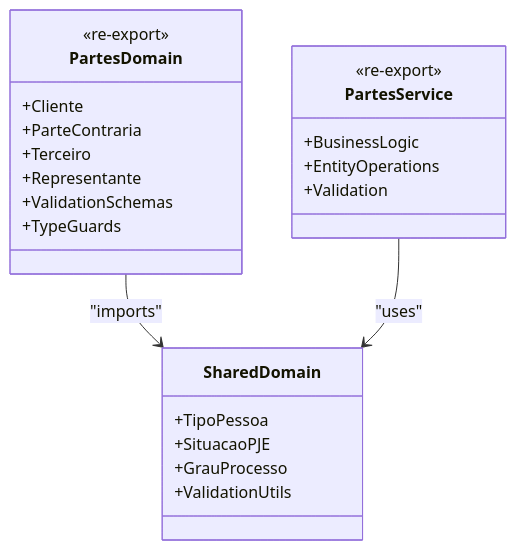
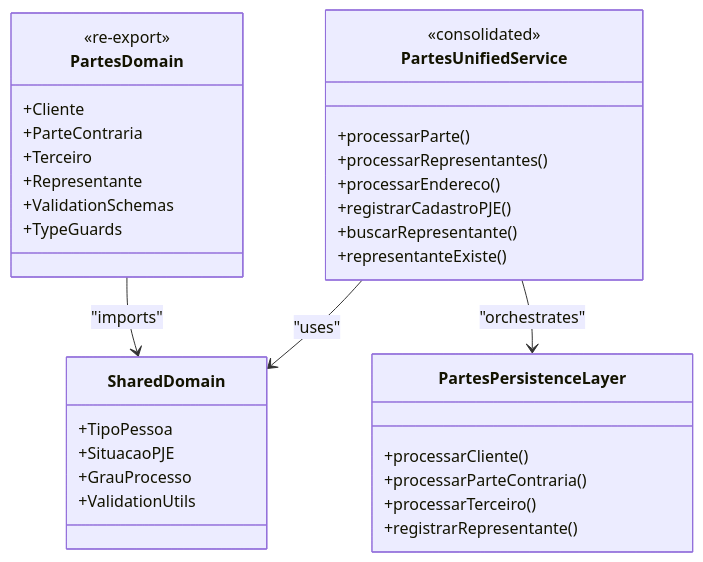
One commit to SinesysTech/zattar-os changed the seventh of 11 diagrams in .qoder/repowiki/en/content/Architecture Overview/Feature-Sliced Design Architecture.md. Above: the diagram before and after it, drawn with Mermaid. The commit also changed other lines of this file and 14 other files, not shown here.

````diff
--- a/.qoder/repowiki/en/content/Architecture Overview/Feature-Sliced Design Architecture.md
+++ b/.qoder/repowiki/en/content/Architecture Overview/Feature-Sliced Design Architecture.md
@@ -257,26 +271,36 @@
 ```mermaid
 classDiagram
 class PartesDomain {
 <<re-export>>
 +Cliente
 +ParteContraria
 +Terceiro
 +Representante
 +ValidationSchemas
 +TypeGuards
 }
-class PartesService {
-<<re-export>>
-+BusinessLogic
-+EntityOperations
-+Validation
+class PartesUnifiedService {
+<<consolidated>>
++processarParte()
++processarRepresentantes()
++processarEndereco()
++registrarCadastroPJE()
++buscarRepresentante()
++representanteExiste()
+}
+class PartesPersistenceLayer {
++processarCliente()
++processarParteContraria()
++processarTerceiro()
++registrarRepresentante()
 }
 class SharedDomain {
 +TipoPessoa
 +SituacaoPJE
 +GrauProcesso
 +ValidationUtils
 }
 PartesDomain --> SharedDomain : "imports"
-PartesService --> SharedDomain : "uses"
+PartesUnifiedService --> PartesPersistenceLayer : "orchestrates"
+PartesUnifiedService --> SharedDomain : "uses"
 ```
````
